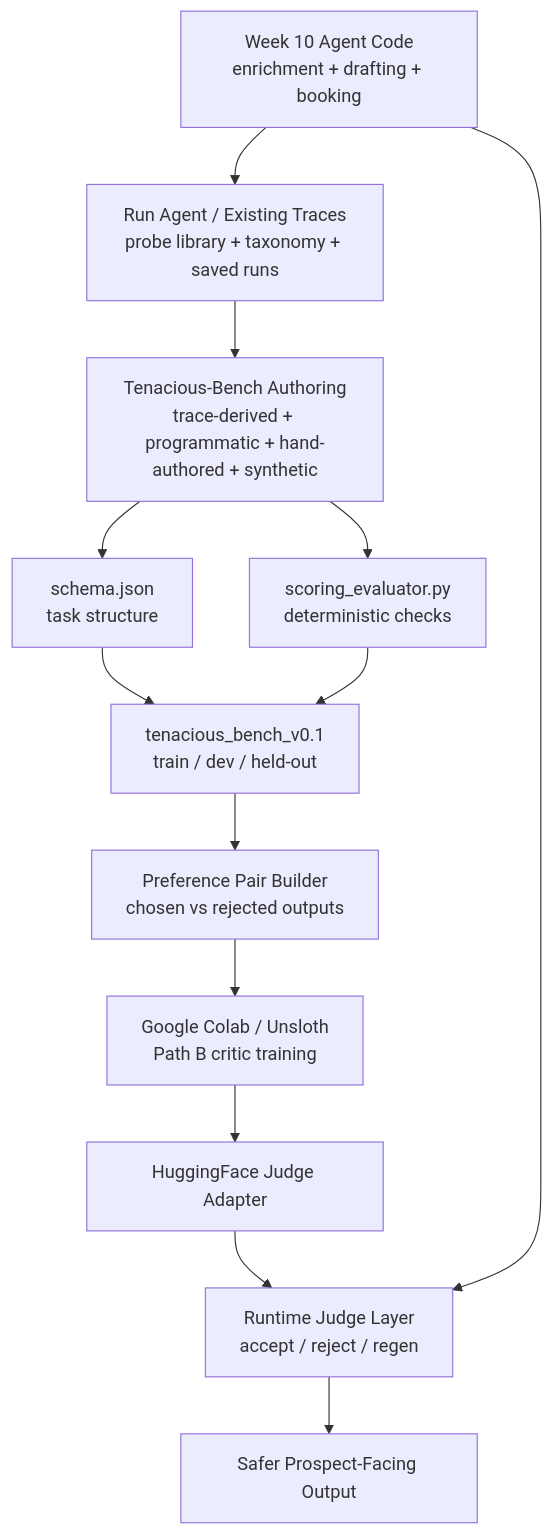
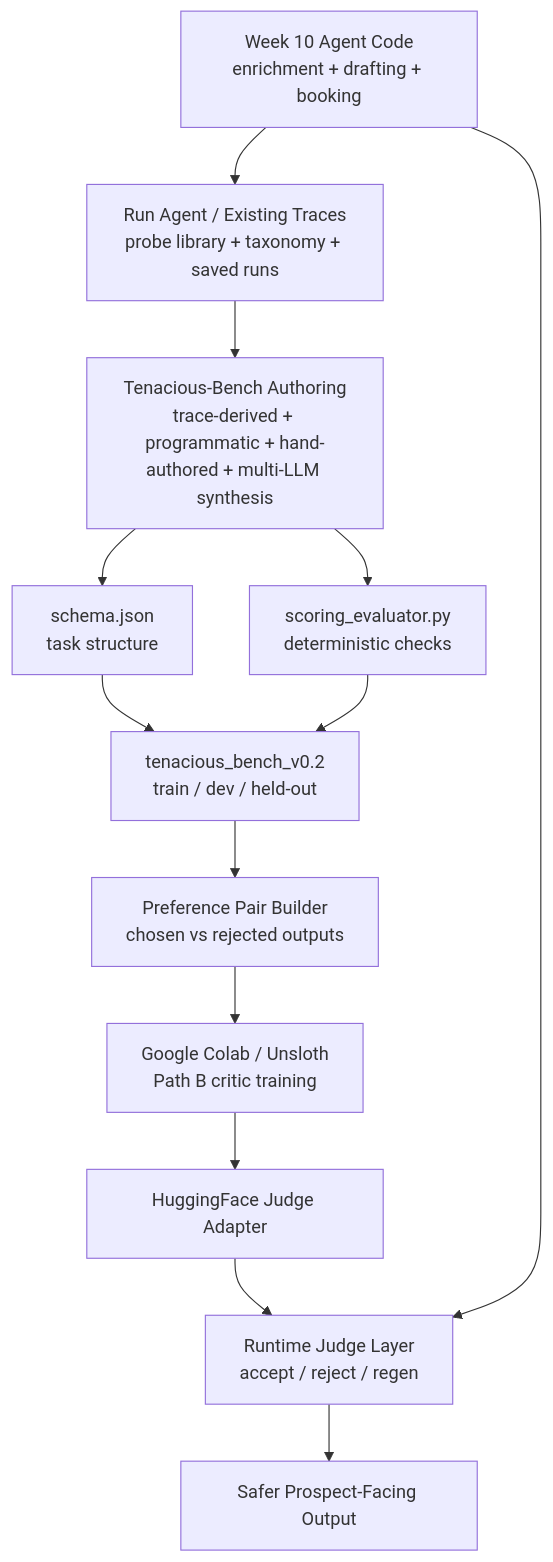
Before and after one commit to Natnael-Alemseged/SalesConversion-Bench: the first of 2 diagrams in README.md, drawn with Mermaid. The commit also changed other lines of this file and 3 other files, not shown here.

````diff
--- a/README.md
+++ b/README.md
@@ -99,15 +125,15 @@
 ```mermaid
 flowchart TD
     A["Week 10 Agent Code<br/>enrichment + drafting + booking"] --> B["Run Agent / Existing Traces<br/>probe library + taxonomy + saved runs"]
-    B --> C["Tenacious-Bench Authoring<br/>trace-derived + programmatic + hand-authored + synthetic"]
+    B --> C["Tenacious-Bench Authoring<br/>trace-derived + programmatic + hand-authored + multi-LLM synthesis"]
     C --> D["schema.json<br/>task structure"]
     C --> E["scoring_evaluator.py<br/>deterministic checks"]
-    D --> F["tenacious_bench_v0.1<br/>train / dev / held-out"]
+    D --> F["tenacious_bench_v0.2<br/>train / dev / held-out"]
     E --> F
     F --> G["Preference Pair Builder<br/>chosen vs rejected outputs"]
     G --> H["Google Colab / Unsloth<br/>Path B critic training"]
     H --> I["HuggingFace Judge Adapter"]
     I --> J["Runtime Judge Layer<br/>accept / reject / regen"]
     A --> J
     J --> K["Safer Prospect-Facing Output"]
 ```
````
